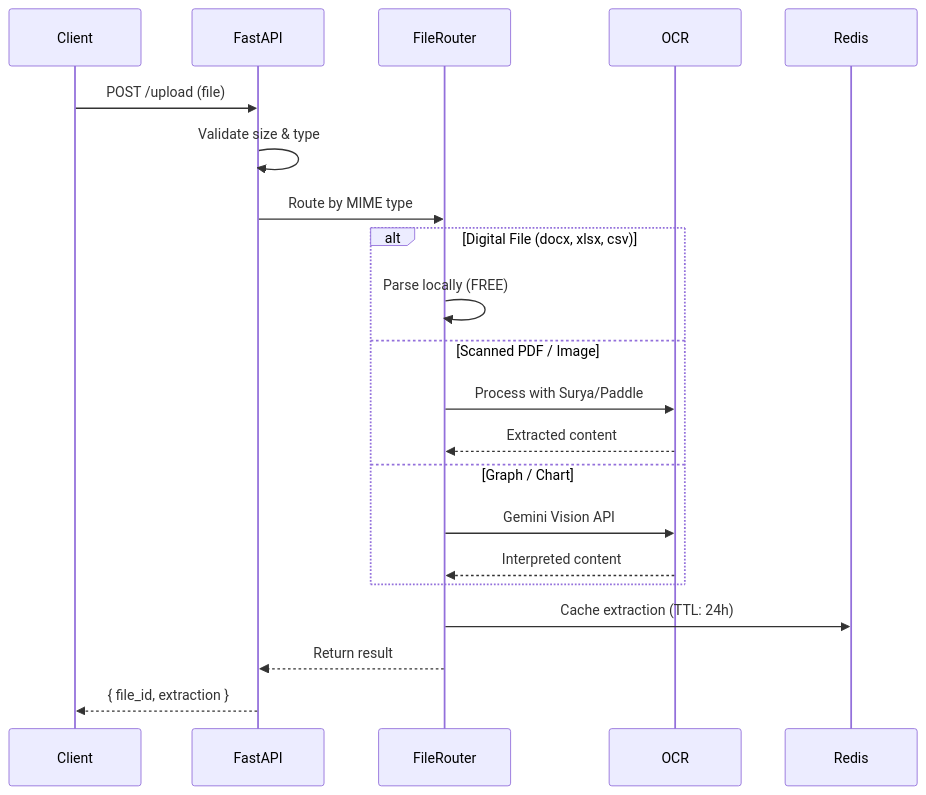
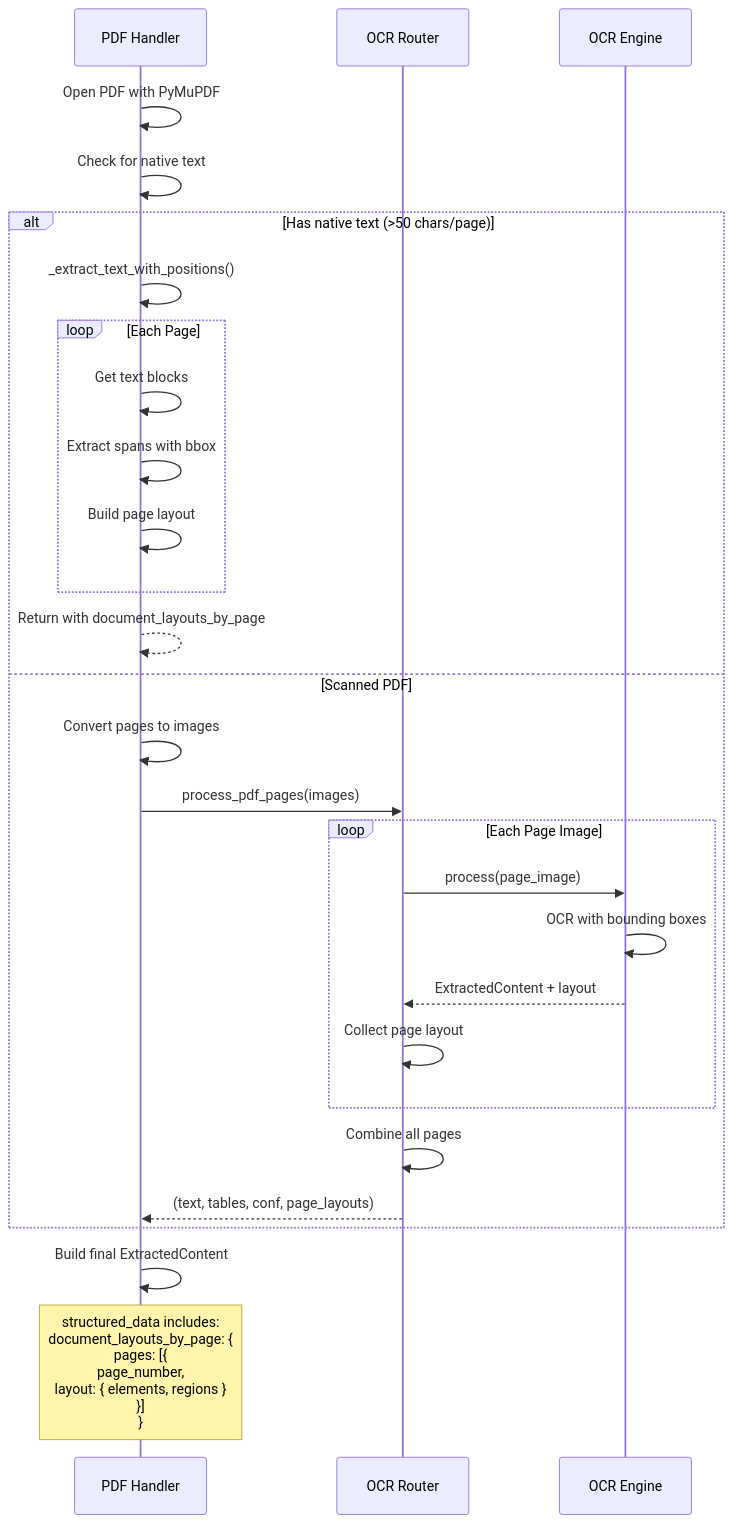
Diagram 14 of 22 in upload_ocr.md (manumishra-zm/execution_plan), drawn with Mermaid before and after one commit. The commit also changed other lines of this file, not shown here.

````diff
--- a/upload_ocr.md
+++ b/upload_ocr.md
@@ -765,26 +1237,35 @@
 ```mermaid
 sequenceDiagram
-    participant Client
-    participant FastAPI
-    participant FileRouter
-    participant OCR
-    participant Redis
+    participant Handler as PDF Handler
+    participant Router as OCR Router
+    participant Engine as OCR Engine
 
-    Client->>FastAPI: POST /upload (file)
-    FastAPI->>FastAPI: Validate size & type
-    FastAPI->>FileRouter: Route by MIME type
+    Handler->>Handler: Open PDF with PyMuPDF
+    Handler->>Handler: Check for native text
 
-    alt Digital File (docx, xlsx, csv)
-        FileRouter->>FileRouter: Parse locally (FREE)
-    else Scanned PDF / Image
-        FileRouter->>OCR: Process with Surya/Paddle
-        OCR-->>FileRouter: Extracted content
-    else Graph / Chart
-        FileRouter->>OCR: Gemini Vision API
-        OCR-->>FileRouter: Interpreted content
+    alt Has native text (>50 chars/page)
+        Handler->>Handler: _extract_text_with_positions()
+        loop Each Page
+            Handler->>Handler: Get text blocks
+            Handler->>Handler: Extract spans with bbox
+            Handler->>Handler: Build page layout
+        end
+        Handler-->>Handler: Return with document_layouts_by_page
+    else Scanned PDF
+        Handler->>Handler: Convert pages to images
+        Handler->>Router: process_pdf_pages(images)
+
+        loop Each Page Image
+            Router->>Engine: process(page_image)
+            Engine->>Engine: OCR with bounding boxes
+            Engine-->>Router: ExtractedContent + layout
+            Router->>Router: Collect page layout
+        end
+
+        Router->>Router: Combine all pages
+        Router-->>Handler: (text, tables, conf, page_layouts)
     end
 
-    FileRouter->>Redis: Cache extraction (TTL: 24h)
-    FileRouter-->>FastAPI: Return result
-    FastAPI-->>Client: { file_id, extraction }
+    Handler->>Handler: Build final ExtractedContent
+    Note over Handler: structured_data includes:<br/>document_layouts_by_page: {<br/>  pages: [{<br/>    page_number,<br/>    layout: { elements, regions }<br/>  }]<br/>}
 ```
````
